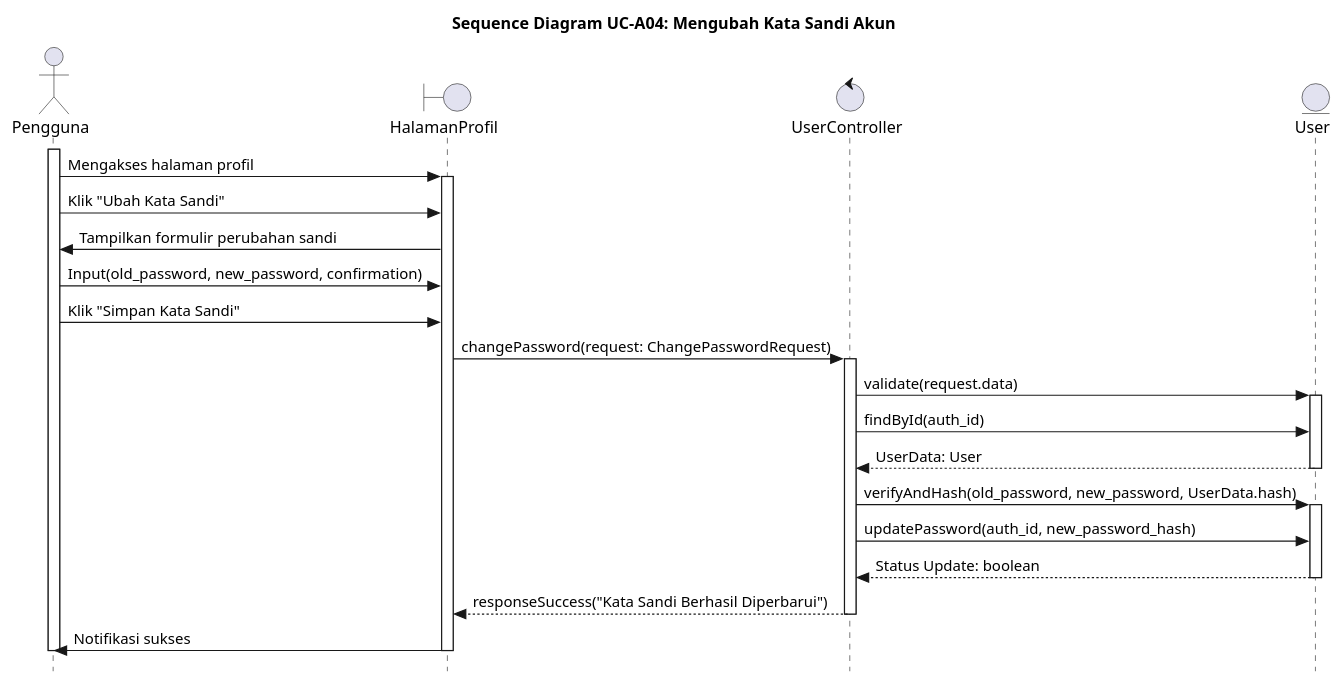
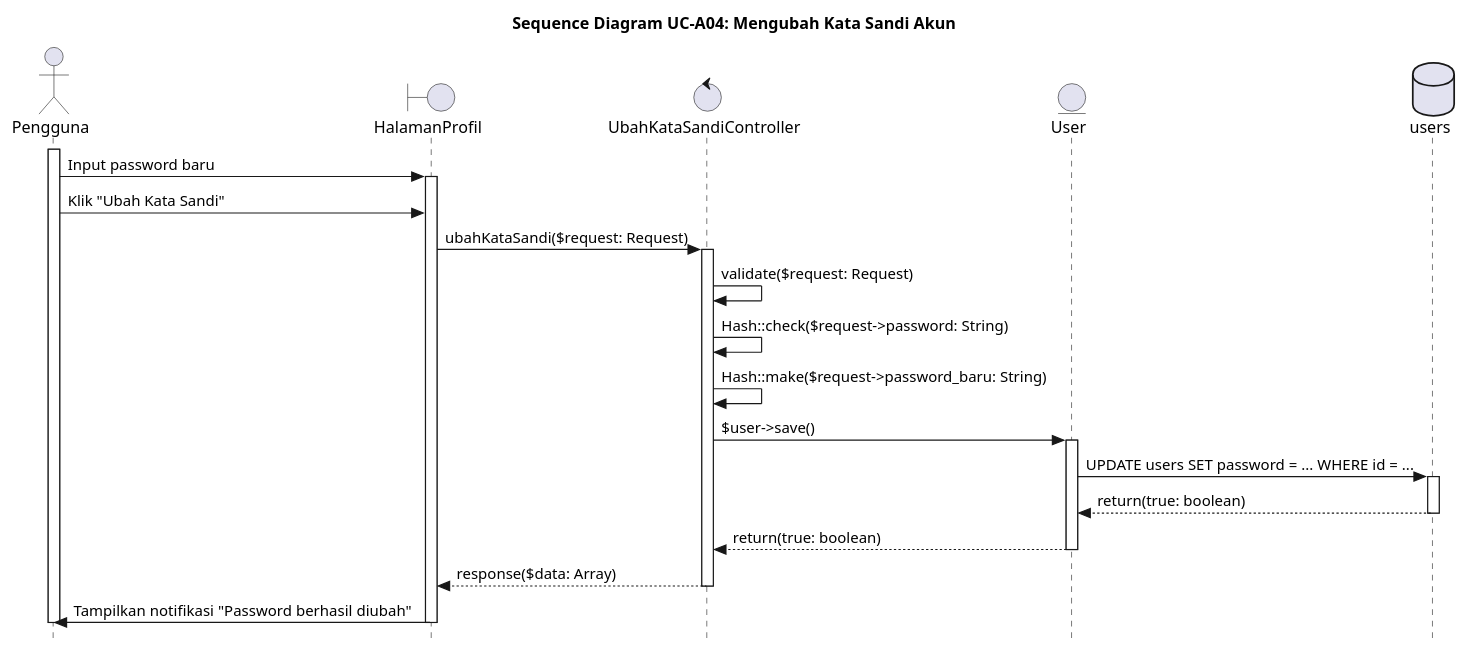
The diagram in UC-A04.PUML (alfiahnurfa/RSI-PROYEK-AKHIR-SEQUENCE), drawn with PlantUML before and after one commit. The commit also changed 8 other files, not shown here.

Commit message:
fix bbrp sequence diagram

```diff
--- a/UC-A04.PUML
+++ b/UC-A04.PUML
@@ -1,45 +1,46 @@
 @startuml SD-UC-A04_UbahKataSandi
 title Sequence Diagram UC-A04: Mengubah Kata Sandi Akun
 skinparam style strictuml
 
 actor Pengguna
-boundary HalamanProfil
-control UserController
+boundary "HalamanProfil" as HalamanProfil
+control UbahKataSandiController
 entity User
+database users
 
 activate Pengguna
-Pengguna -> HalamanProfil : Mengakses halaman profil
+Pengguna -> HalamanProfil : Input password baru
 activate HalamanProfil
 
 Pengguna -> HalamanProfil : Klik "Ubah Kata Sandi"
-HalamanProfil -> Pengguna : Tampilkan formulir perubahan sandi
 
-Pengguna -> HalamanProfil : Input(old_password, new_password, confirmation)
+HalamanProfil -> UbahKataSandiController : ubahKataSandi($request: Request)
+activate UbahKataSandiController
 
-Pengguna -> HalamanProfil : Klik "Simpan Kata Sandi"
+UbahKataSandiController -> UbahKataSandiController : validate($request: Request)
 
-HalamanProfil -> UserController : changePassword(request: ChangePasswordRequest)
-activate UserController
+' Cek Hash Password Lama
+UbahKataSandiController -> UbahKataSandiController : Hash::check($request->password: String)
 
-UserController -> User : validate(request.data)
+' Hashing Password Baru
+UbahKataSandiController -> UbahKataSandiController : Hash::make($request->password_baru: String)
+
+' Update ke Database
+UbahKataSandiController -> User : $user->save()
 activate User
-UserController -> User : findById(auth_id)
 
-User --> UserController : UserData: User
+User -> users : UPDATE users SET password = ... WHERE id = ...
+activate users
+users --> User : return(true: boolean)
+deactivate users
+
+User --> UbahKataSandiController : return(true: boolean)
 deactivate User
 
-UserController -> User : verifyAndHash(old_password, new_password, UserData.hash)
-activate User
-UserController -> User : updatePassword(auth_id, new_password_hash)
+UbahKataSandiController --> HalamanProfil : response($data: Array)
+deactivate UbahKataSandiController
 
-User --> UserController : Status Update: boolean
-deactivate User
-
-UserController --> HalamanProfil : responseSuccess("Kata Sandi Berhasil Diperbarui")
-deactivate UserController
-
-HalamanProfil -> Pengguna : Notifikasi sukses
+HalamanProfil -> Pengguna : Tampilkan notifikasi "Password berhasil diubah"
 deactivate HalamanProfil
 deactivate Pengguna
-
 @enduml
```
